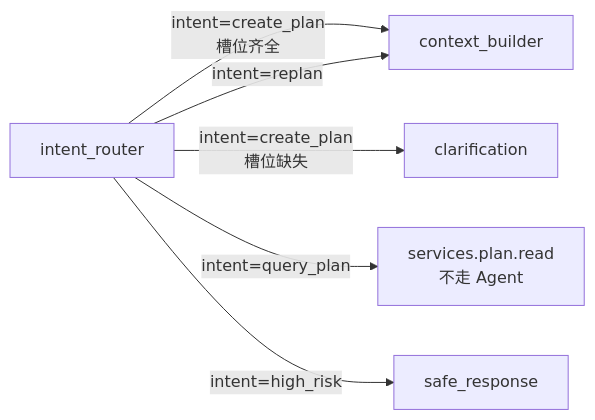
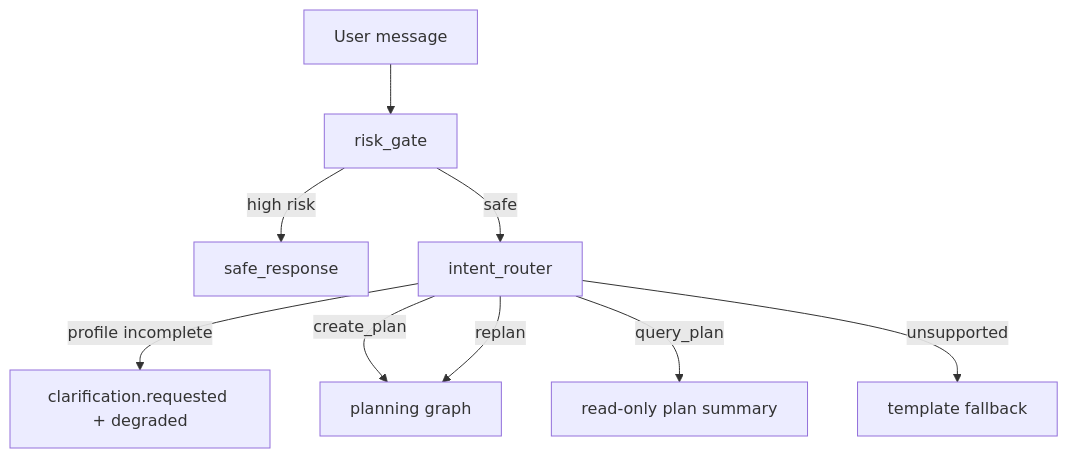
Before and after one commit to lyyjsr/career-planning-buddy: the diagram in docs/model-design/state-machines/intent-routing-flow.mmd, drawn with Mermaid. The commit also changed other lines of this file and 155 other files, not shown here.

````diff
--- a/docs/model-design/state-machines/intent-routing-flow.mmd
+++ b/docs/model-design/state-machines/intent-routing-flow.mmd
@@ -5,8 +3,11 @@
 ```mermaid
-flowchart LR
-    IN[intent_router] -->|intent=create_plan<br/>槽位齐全| CB[context_builder]
-    IN -->|intent=create_plan<br/>槽位缺失| CLR[clarification]
-    IN -->|intent=replan| CB
-    IN -->|intent=query_plan| SVC[services.plan.read<br/>不走 Agent]
-    IN -->|intent=high_risk| SR[safe_response]
+flowchart TD
+    A[User message] --> R[risk_gate]
+    R -->|high risk| S[safe_response]
+    R -->|safe| I[intent_router]
+    I -->|profile incomplete| C[clarification.requested + degraded]
+    I -->|create_plan| P[planning graph]
+    I -->|replan| P
+    I -->|query_plan| Q[read-only plan summary]
+    I -->|unsupported| F[template fallback]
 ```
````
